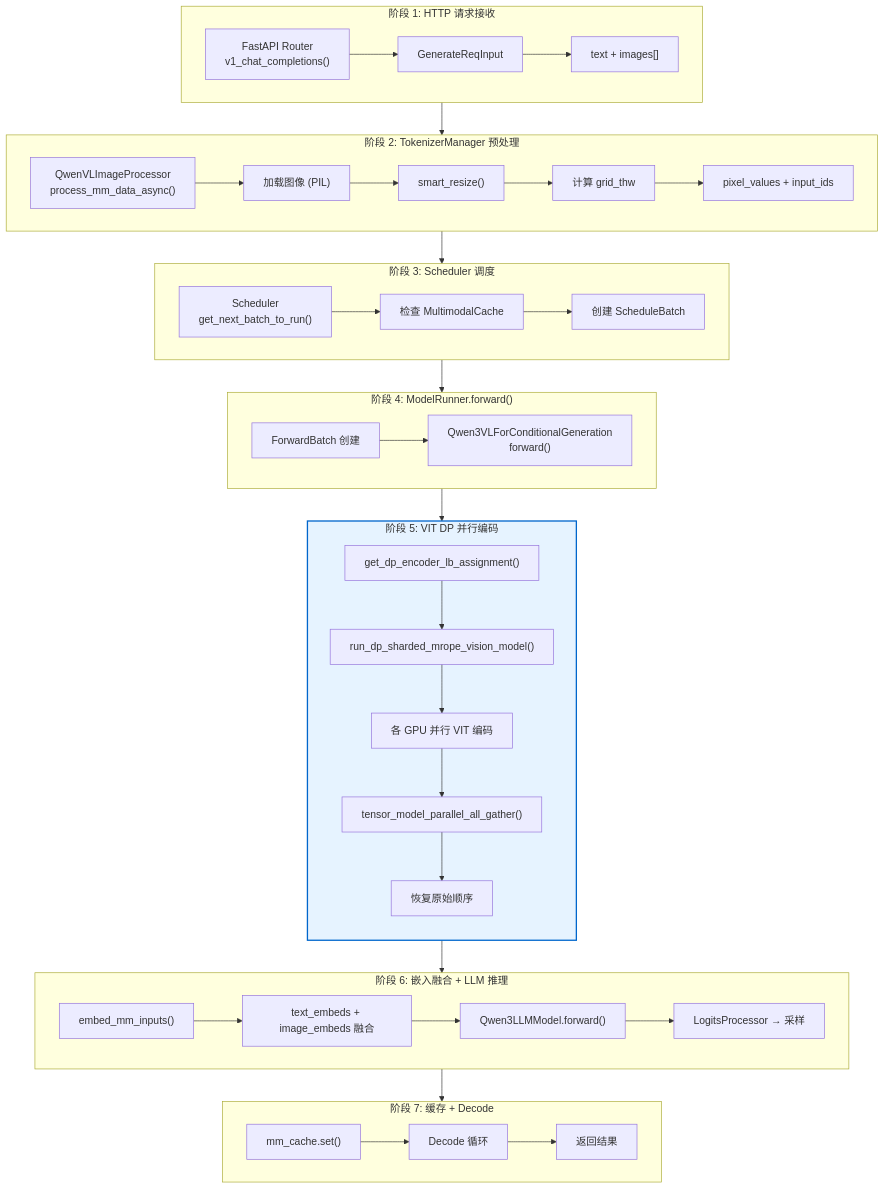
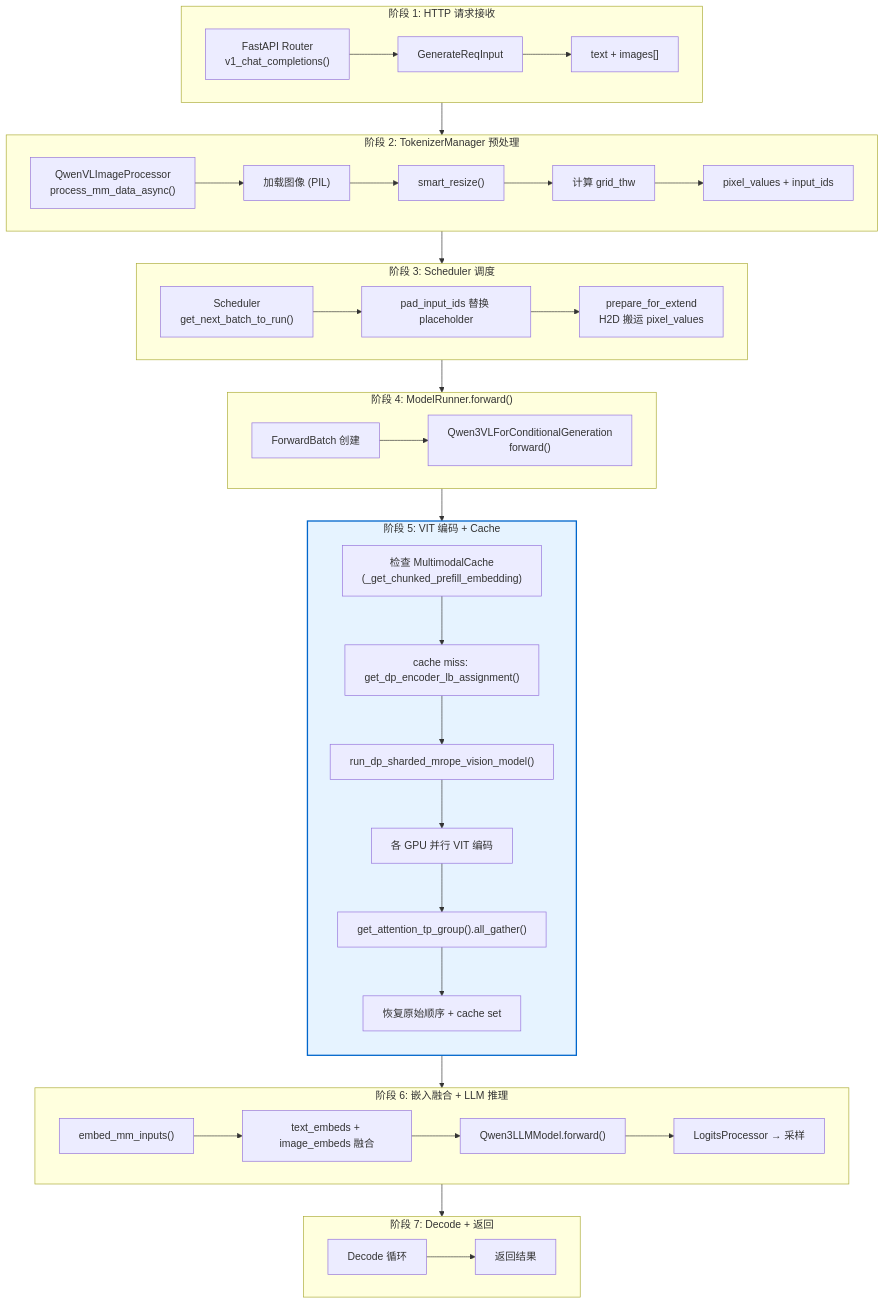
One commit to wesleyck/AIInfraNotes changed the tenth of 13 diagrams in SGLang/11-multimodal.md. Above: the diagram before and after it, drawn with Mermaid. The commit also changed other lines of this file and 26 other files, not shown here.

````diff
--- a/SGLang/11-multimodal.md
+++ b/SGLang/11-multimodal.md
@@ -1361,58 +1635,58 @@
 ```mermaid
 flowchart TB
     subgraph Phase1["阶段 1: HTTP 请求接收"]
         A1["FastAPI Router<br/>v1_chat_completions()"] --> A2["GenerateReqInput"]
         A2 --> A3["text + images[]"]
     end
 
     subgraph Phase2["阶段 2: TokenizerManager 预处理"]
         B1["QwenVLImageProcessor<br/>process_mm_data_async()"]
         B2["加载图像 (PIL)"]
         B3["smart_resize()"]
         B4["计算 grid_thw"]
         B5["pixel_values + input_ids"]
         B1 --> B2 --> B3 --> B4 --> B5
     end
 
     subgraph Phase3["阶段 3: Scheduler 调度"]
         C1["Scheduler<br/>get_next_batch_to_run()"]
-        C2["检查 MultimodalCache"]
-        C3["创建 ScheduleBatch"]
+        C2["pad_input_ids 替换 placeholder"]
+        C3["prepare_for_extend<br/>H2D 搬运 pixel_values"]
         C1 --> C2 --> C3
     end
 
     subgraph Phase4["阶段 4: ModelRunner.forward()"]
         D1["ForwardBatch 创建"]
         D2["Qwen3VLForConditionalGeneration<br/>forward()"]
         D1 --> D2
     end
 
-    subgraph Phase5["阶段 5: VIT DP 并行编码"]
+    subgraph Phase5["阶段 5: VIT 编码 + Cache"]
         direction TB
-        E1["get_dp_encoder_lb_assignment()"]
+        E0["检查 MultimodalCache<br/>(_get_chunked_prefill_embedding)"]
+        E1["cache miss: get_dp_encoder_lb_assignment()"]
         E2["run_dp_sharded_mrope_vision_model()"]
         E3["各 GPU 并行 VIT 编码"]
-        E4["tensor_model_parallel_all_gather()"]
-        E5["恢复原始顺序"]
-        E1 --> E2 --> E3 --> E4 --> E5
+        E4["get_attention_tp_group().all_gather()"]
+        E5["恢复原始顺序 + cache set"]
+        E0 --> E1 --> E2 --> E3 --> E4 --> E5
     end
 
     subgraph Phase6["阶段 6: 嵌入融合 + LLM 推理"]
         F1["embed_mm_inputs()"]
         F2["text_embeds + image_embeds 融合"]
         F3["Qwen3LLMModel.forward()"]
         F4["LogitsProcessor → 采样"]
         F1 --> F2 --> F3 --> F4
     end
 
-    subgraph Phase7["阶段 7: 缓存 + Decode"]
-        G1["mm_cache.set()"]
-        G2["Decode 循环"]
-        G3["返回结果"]
-        G1 --> G2 --> G3
+    subgraph Phase7["阶段 7: Decode + 返回"]
+        G1["Decode 循环"]
+        G2["返回结果"]
+        G1 --> G2
     end
 
     Phase1 --> Phase2 --> Phase3 --> Phase4 --> Phase5 --> Phase6 --> Phase7
 
     style Phase5 fill:#e6f3ff,stroke:#0066cc,stroke-width:2px
 ```
````
